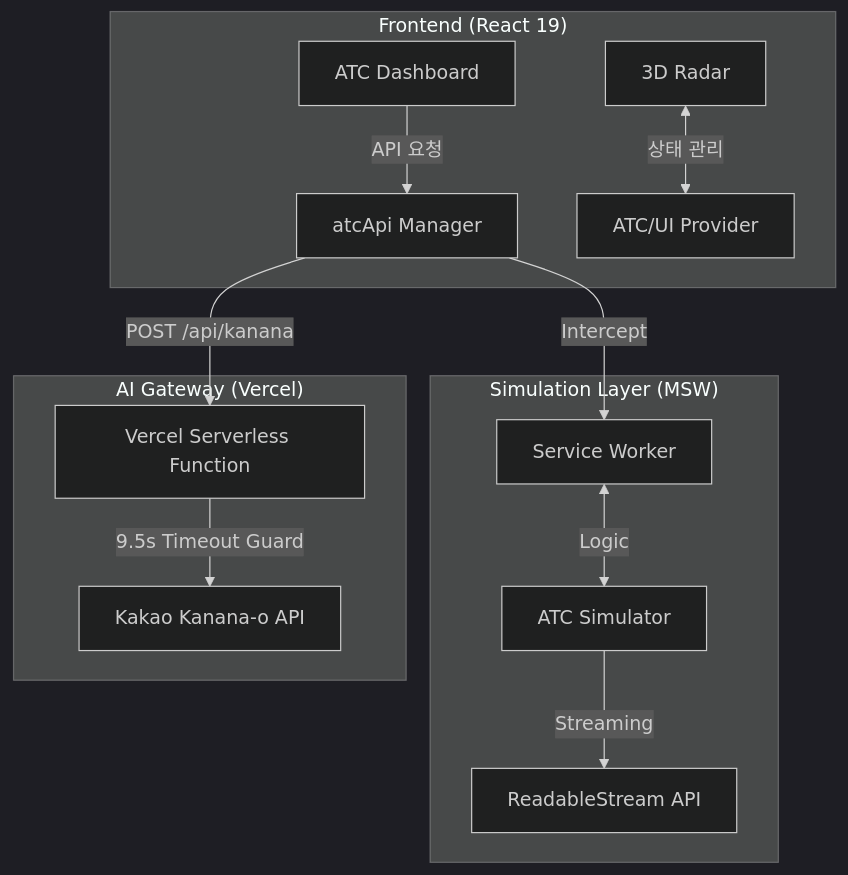
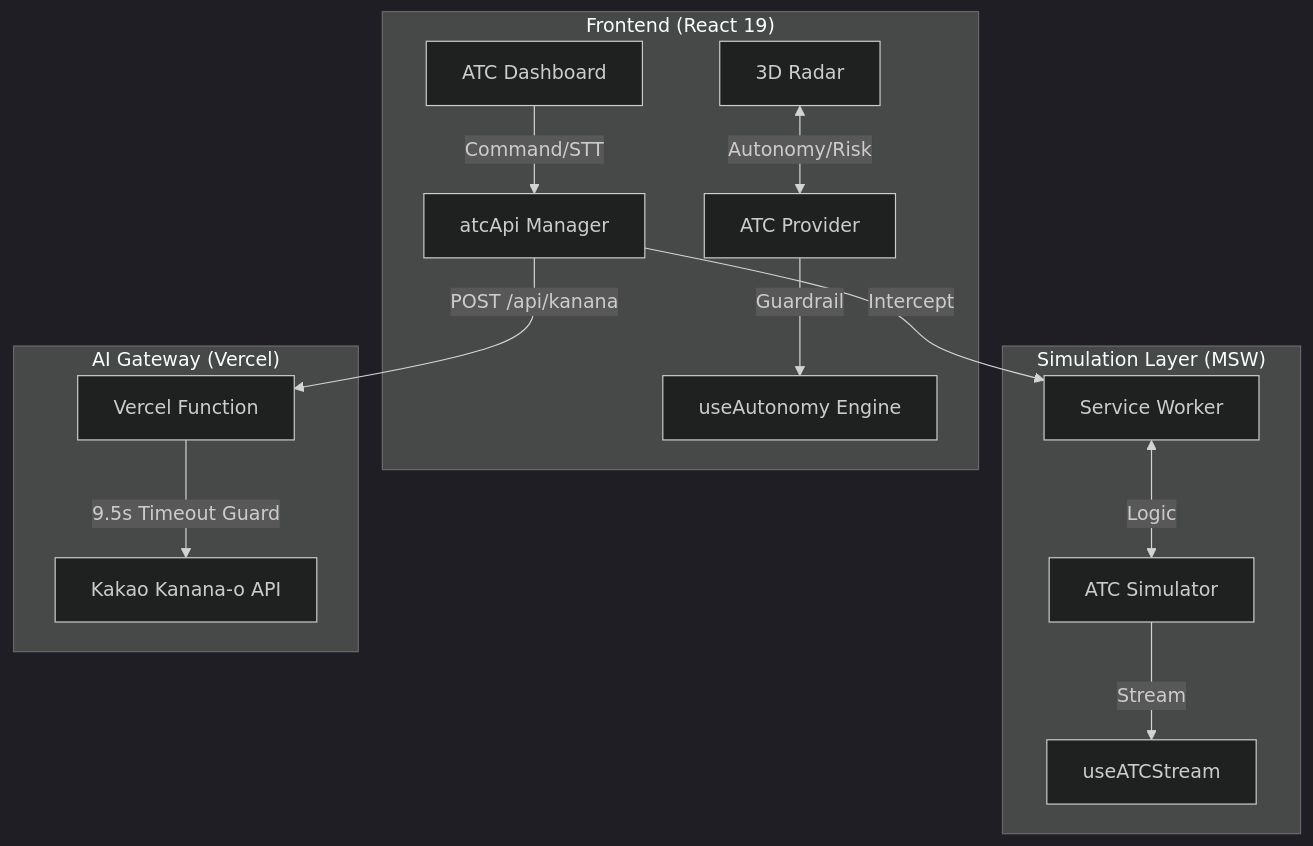
One commit to 209512/kanana-atc changed the diagram in README.md. Above: the diagram before and after it, drawn with Mermaid (dark theme). The commit also changed other lines of this file, not shown here.

Commit message:
docs: update README with specifications and core engine architecture

````diff
--- a/README.md
+++ b/README.md
@@ -64,18 +65,19 @@
 ```mermaid
 graph TD
     subgraph "Frontend (React 19)"
-        UI[ATC Dashboard] -->|API 요청| API[atcApi Manager]
-        Radar[3D Radar] <-->|상태 관리| Store[ATC/UI Provider]
+        UI[ATC Dashboard] -->|Command/STT| API[atcApi Manager]
+        Radar[3D Radar] <-->|Autonomy/Risk| Store[ATC Provider]
+        Store -->|Guardrail| Autonomy[useAutonomy Engine]
     end
 
     subgraph "Simulation Layer (MSW)"
         API -->|Intercept| Worker[Service Worker]
         Worker <-->|Logic| Sim[ATC Simulator]
-        Sim -->|Streaming| SSE[ReadableStream API]
+        Sim -->|Stream| Stream[useATCStream]
     end
 
     subgraph "AI Gateway (Vercel)"
-        API -->|POST /api/kanana| Vercel[Vercel Serverless Function]
+        API -->|POST /api/kanana| Vercel[Vercel Function]
         Vercel -->|9.5s Timeout Guard| Kanana[Kakao Kanana-o API]
     end
 ```
````
